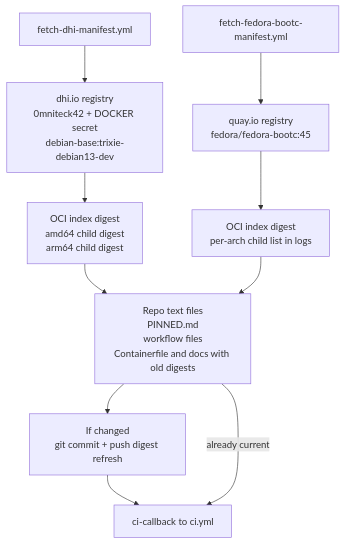
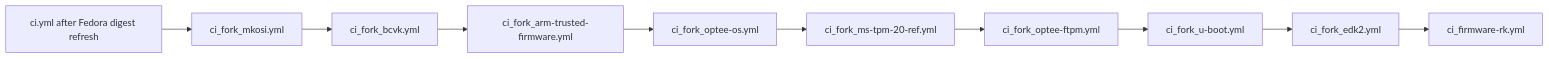
Before and after one commit to corning-croak-cable/yubiOS: the fourth of 7 diagrams in CI_MAP.md, drawn with Mermaid. The commit also changed other lines of this file, not shown here.

Commit message:
docs: refresh CI map for RK firmware workflow

````diff
--- a/CI_MAP.md
+++ b/CI_MAP.md
@@ -208,17 +124,15 @@
 ```mermaid
-flowchart TD
-    dhi_wf["fetch-dhi-manifest.yml"]
-    dhi_registry["dhi.io registry\n0mniteck42 + DOCKER secret\ndebian-base:trixie-debian13-dev"]
-    dhi_index["OCI index digest\namd64 child digest\narm64 child digest"]
-    fedora_wf["fetch-fedora-bootc-manifest.yml"]
-    quay["quay.io registry\nfedora/fedora-bootc:45"]
-    fedora_index["OCI index digest\nper-arch child list in logs"]
-    files["Repo text files\nPINNED.md\nworkflow files\nContainerfile and docs with old digests"]
-    commit["If changed\ngit commit + push digest refresh"]
-    cb["ci-callback to ci.yml"]
+flowchart LR
+    start["ci.yml after Fedora digest refresh"]
+    mkosi["ci_fork_mkosi.yml"]
+    bcvk["ci_fork_bcvk.yml"]
+    tfa["ci_fork_arm-trusted-firmware.yml"]
+    optee["ci_fork_optee-os.yml"]
+    ms["ci_fork_ms-tpm-20-ref.yml"]
+    ftpm["ci_fork_optee-ftpm.yml"]
+    uboot["ci_fork_u-boot.yml"]
+    edk2["ci_fork_edk2.yml"]
+    firmware["ci_firmware-rk.yml"]
 
-    dhi_wf --> dhi_registry --> dhi_index --> files
-    fedora_wf --> quay --> fedora_index --> files
-    files --> commit --> cb
-    files -->|"already current"| cb
+    start --> mkosi --> bcvk --> tfa --> optee --> ms --> ftpm --> uboot --> edk2 --> firmware
 ```
````
